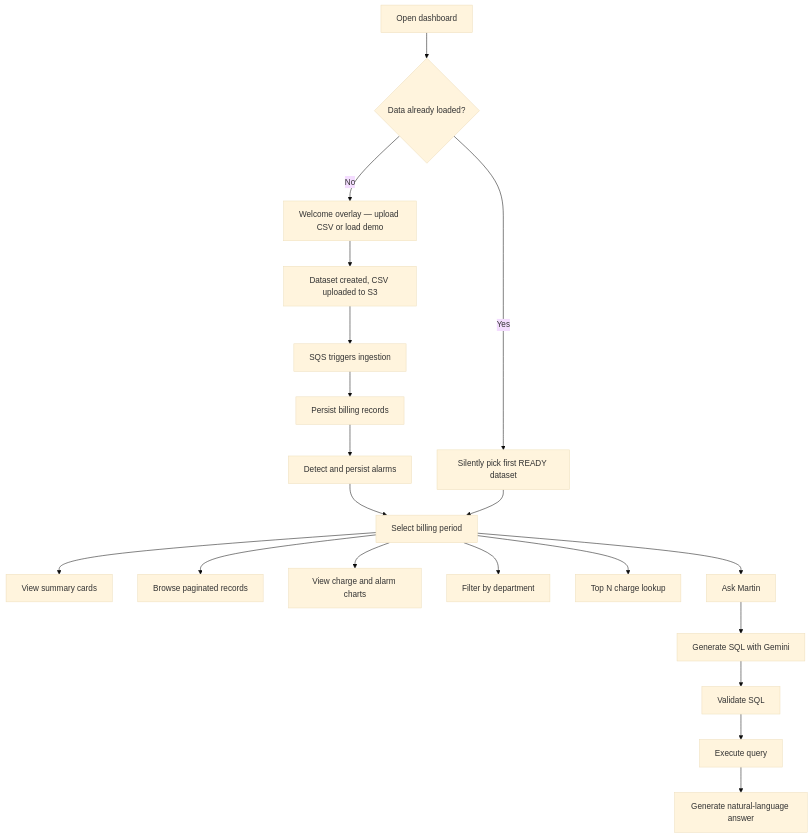
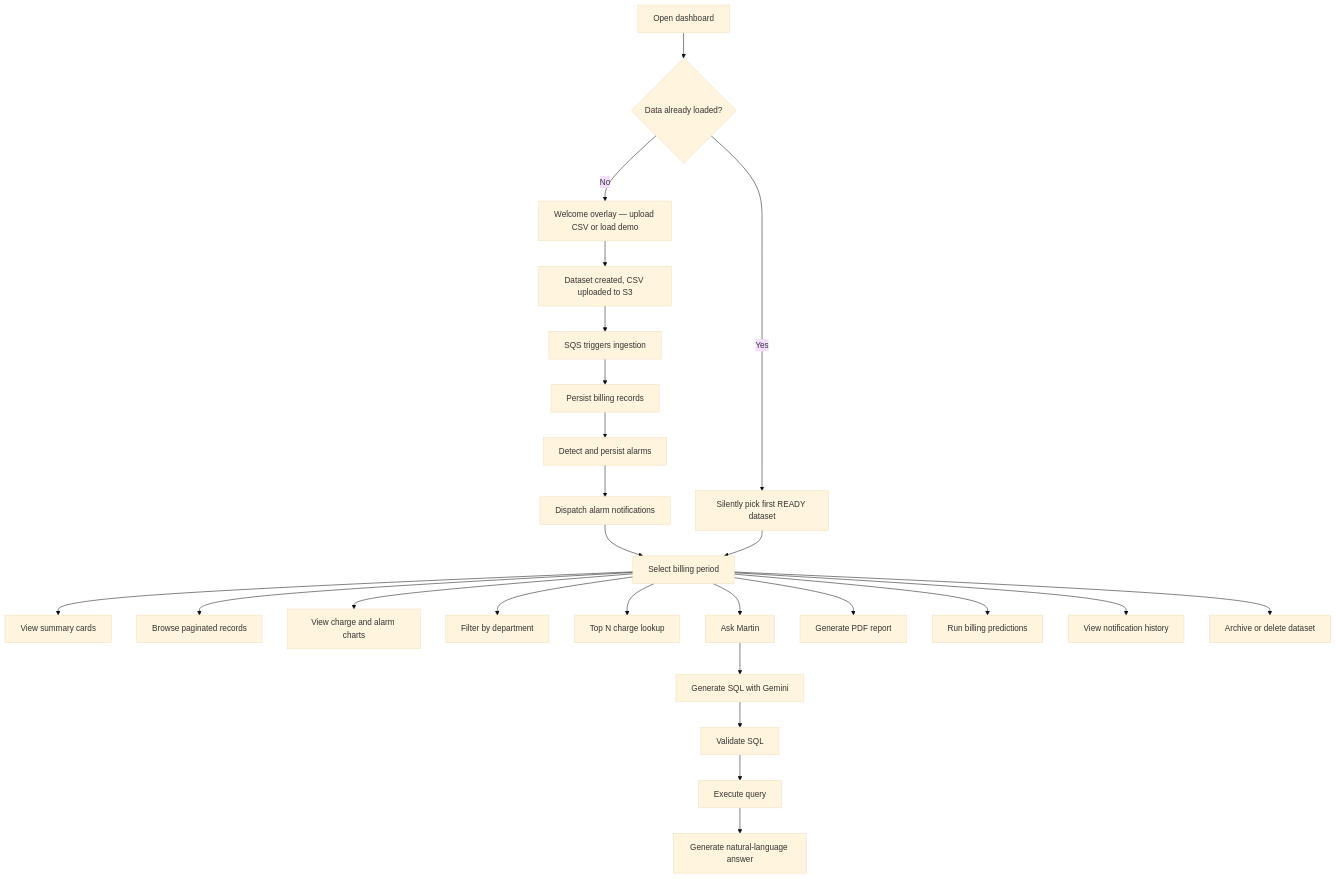
Before and after one commit to jawadazeem/Project-ETL: the first of 5 diagrams in docs/product-system-documentation.md, drawn with Mermaid (base theme). The commit also changed other lines of this file and 2 other files, not shown here.

````diff
--- a/docs/product-system-documentation.md
+++ b/docs/product-system-documentation.md
@@ -34,22 +49,27 @@
 ```mermaid
 flowchart TD
     A["Open dashboard"] --> B{"Data already loaded?"}
     B -->|No| C["Welcome overlay — upload CSV or load demo"]
     C --> D["Dataset created, CSV uploaded to S3"]
     D --> E["SQS triggers ingestion"]
     E --> F["Persist billing records"]
     F --> G["Detect and persist alarms"]
+    G --> G2["Dispatch alarm notifications"]
     B -->|Yes| H["Silently pick first READY dataset"]
-    G --> I["Select billing period"]
+    G2 --> I["Select billing period"]
     H --> I
     I --> J["View summary cards"]
     I --> K["Browse paginated records"]
     I --> L["View charge and alarm charts"]
     I --> M["Filter by department"]
     I --> N["Top N charge lookup"]
     I --> O["Ask Martin"]
+    I --> P2["Generate PDF report"]
+    I --> P3["Run billing predictions"]
+    I --> P4["View notification history"]
+    I --> P5["Archive or delete dataset"]
     O --> P["Generate SQL with Gemini"]
     P --> Q["Validate SQL"]
     Q --> R["Execute query"]
     R --> S["Generate natural-language answer"]
 ```
````
